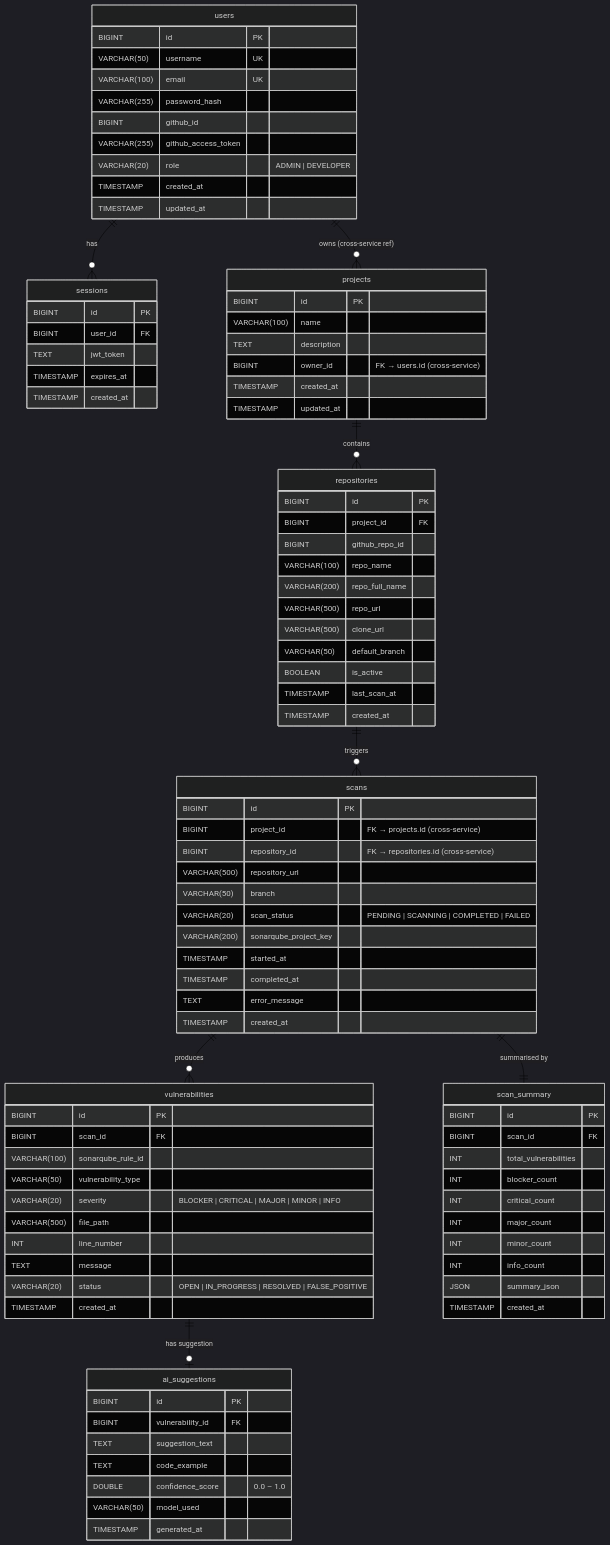
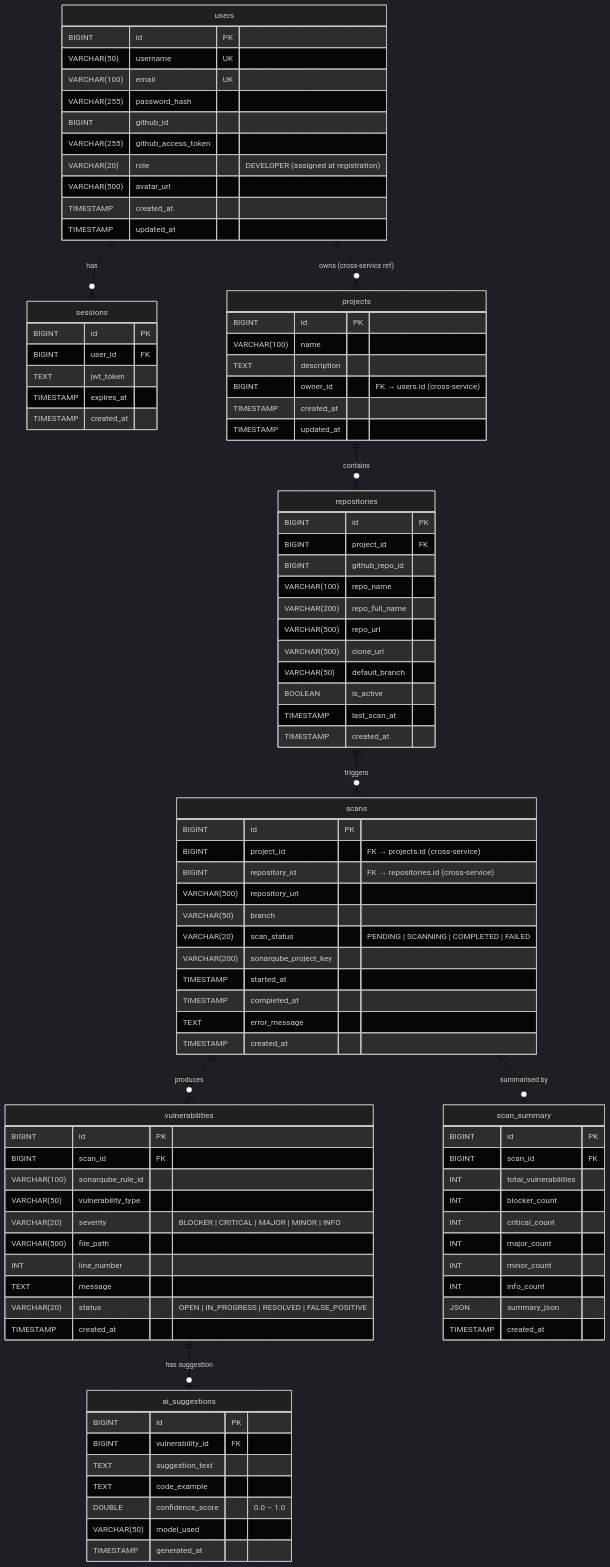
Before and after one commit to kaldrake/NUSISS_ProjectManagementPortal: the diagram in docs/Entity Relation.mermaid, drawn with Mermaid. The commit also changed 7 other files, not shown here.

Commit message:
added mermaid changes

```diff
--- a/docs/Entity Relation.mermaid
+++ b/docs/Entity Relation.mermaid
@@ -1,107 +1,108 @@
 %%{init: {'theme': 'dark', 'themeVariables': {'lineColor': '#000000', 'edgeLabelBackground': '#ffffff'}}}%%
 erDiagram
 
     %% ── Login Service DB ──────────────────────────────
     users {
         BIGINT      id              PK
         VARCHAR(50) username        UK
         VARCHAR(100) email          UK
         VARCHAR(255) password_hash
         BIGINT      github_id
         VARCHAR(255) github_access_token
-        VARCHAR(20) role            "ADMIN | DEVELOPER"
+        VARCHAR(20) role            "DEVELOPER (assigned at registration)"
+        VARCHAR(500) avatar_url
         TIMESTAMP   created_at
         TIMESTAMP   updated_at
     }
 
     sessions {
         BIGINT    id          PK
         BIGINT    user_id     FK
         TEXT      jwt_token
         TIMESTAMP expires_at
         TIMESTAMP created_at
     }
 
     %% ── Project Service DB ────────────────────────────
     projects {
         BIGINT      id          PK
         VARCHAR(100) name
         TEXT        description
         BIGINT      owner_id    "FK → users.id (cross-service)"
         TIMESTAMP   created_at
         TIMESTAMP   updated_at
     }
 
     repositories {
         BIGINT      id              PK
         BIGINT      project_id      FK
         BIGINT      github_repo_id
         VARCHAR(100) repo_name
         VARCHAR(200) repo_full_name
         VARCHAR(500) repo_url
         VARCHAR(500) clone_url
         VARCHAR(50) default_branch
         BOOLEAN     is_active
         TIMESTAMP   last_scan_at
         TIMESTAMP   created_at
     }
 
     %% ── Scan Service DB ───────────────────────────────
     scans {
         BIGINT      id                  PK
         BIGINT      project_id          "FK → projects.id (cross-service)"
         BIGINT      repository_id       "FK → repositories.id (cross-service)"
         VARCHAR(500) repository_url
         VARCHAR(50) branch
         VARCHAR(20) scan_status         "PENDING | SCANNING | COMPLETED | FAILED"
         VARCHAR(200) sonarqube_project_key
         TIMESTAMP   started_at
         TIMESTAMP   completed_at
         TEXT        error_message
         TIMESTAMP   created_at
     }
 
     vulnerabilities {
         BIGINT      id                  PK
         BIGINT      scan_id             FK
         VARCHAR(100) sonarqube_rule_id
         VARCHAR(50) vulnerability_type
         VARCHAR(20) severity            "BLOCKER | CRITICAL | MAJOR | MINOR | INFO"
         VARCHAR(500) file_path
         INT         line_number
         TEXT        message
         VARCHAR(20) status              "OPEN | IN_PROGRESS | RESOLVED | FALSE_POSITIVE"
         TIMESTAMP   created_at
     }
 
     ai_suggestions {
         BIGINT      id              PK
         BIGINT      vulnerability_id FK
         TEXT        suggestion_text
         TEXT        code_example
         DOUBLE      confidence_score "0.0 – 1.0"
         VARCHAR(50) model_used
         TIMESTAMP   generated_at
     }
 
     scan_summary {
         BIGINT  id                  PK
         BIGINT  scan_id             FK
         INT     total_vulnerabilities
         INT     blocker_count
         INT     critical_count
         INT     major_count
         INT     minor_count
         INT     info_count
         JSON    summary_json
         TIMESTAMP created_at
     }
 
     %% ── Relationships ─────────────────────────────────
     users           ||--o{ sessions          : "has"
     users           ||--o{ projects          : "owns (cross-service ref)"
     projects        ||--o{ repositories      : "contains"
     repositories    ||--o{ scans             : "triggers"
     scans           ||--o{ vulnerabilities   : "produces"
-    scans           ||--||  scan_summary     : "summarised by"
+    scans           ||--o|  scan_summary     : "summarised by"
     vulnerabilities ||--o|  ai_suggestions   : "has suggestion"
```
